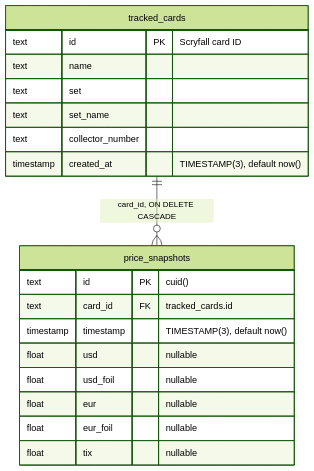
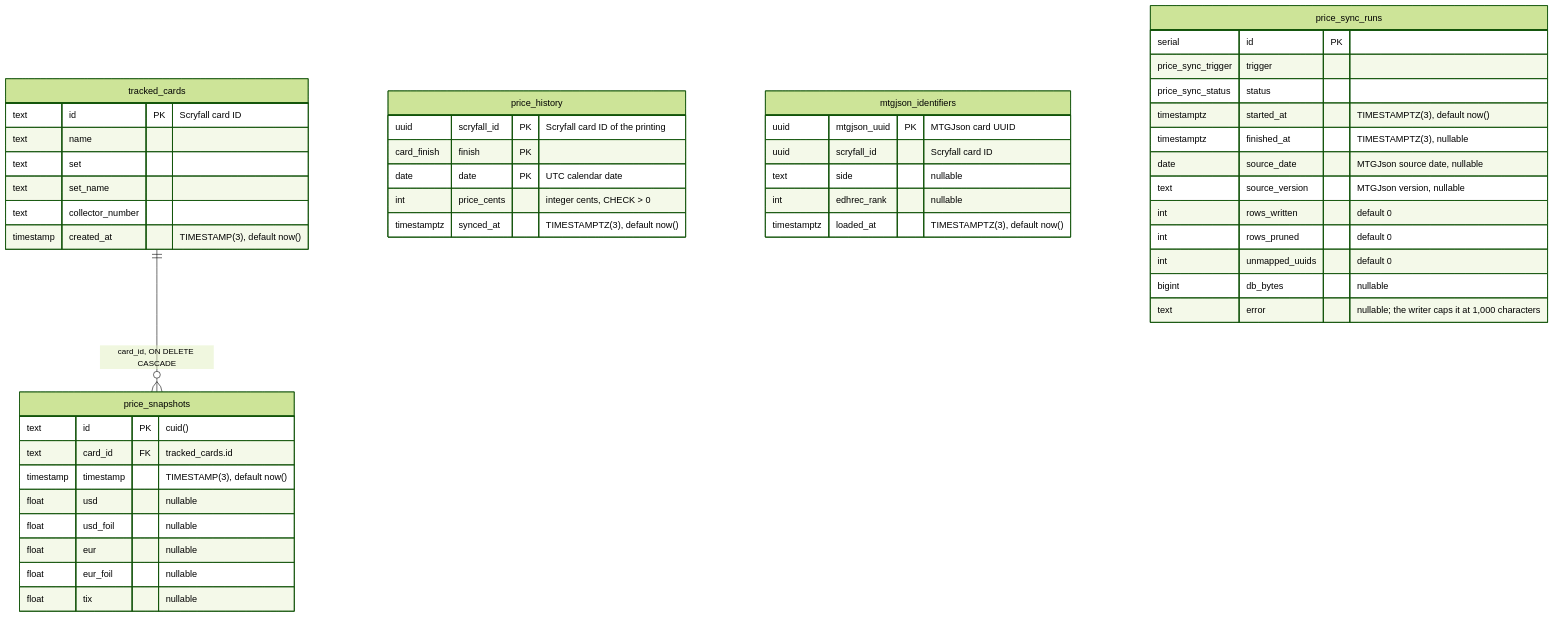
The diagram in docs/architecture/erd.md (ayfor/mox-market), drawn with Mermaid (forest theme) before and after one commit. The commit also changed other lines of this file and 38 other files, not shown here.

First line of the commit message:
S0.1 — Price history schema, migration & reader (#15)

````diff
--- a/docs/architecture/erd.md
+++ b/docs/architecture/erd.md
@@ -7,22 +15,50 @@
 ```mermaid
 erDiagram
     tracked_cards ||--o{ price_snapshots : "card_id, ON DELETE CASCADE"
     tracked_cards {
         text id PK "Scryfall card ID"
         text name
         text set
         text set_name
         text collector_number
         timestamp created_at "TIMESTAMP(3), default now()"
     }
     price_snapshots {
         text id PK "cuid()"
         text card_id FK "tracked_cards.id"
         timestamp timestamp "TIMESTAMP(3), default now()"
         float usd "nullable"
         float usd_foil "nullable"
         float eur "nullable"
         float eur_foil "nullable"
         float tix "nullable"
     }
+    price_history {
+        uuid scryfall_id PK "Scryfall card ID of the printing"
+        card_finish finish PK
+        date date PK "UTC calendar date"
+        int price_cents "integer cents, CHECK > 0"
+        timestamptz synced_at "TIMESTAMPTZ(3), default now()"
+    }
+    mtgjson_identifiers {
+        uuid mtgjson_uuid PK "MTGJson card UUID"
+        uuid scryfall_id "Scryfall card ID"
+        text side "nullable"
+        int edhrec_rank "nullable"
+        timestamptz loaded_at "TIMESTAMPTZ(3), default now()"
+    }
+    price_sync_runs {
+        serial id PK
+        price_sync_trigger trigger
+        price_sync_status status
+        timestamptz started_at "TIMESTAMPTZ(3), default now()"
+        timestamptz finished_at "TIMESTAMPTZ(3), nullable"
+        date source_date "MTGJson source date, nullable"
+        text source_version "MTGJson version, nullable"
+        int rows_written "default 0"
+        int rows_pruned "default 0"
+        int unmapped_uuids "default 0"
+        bigint db_bytes "nullable"
+        text error "nullable; the writer caps it at 1,000 characters"
+    }
 ```
````
